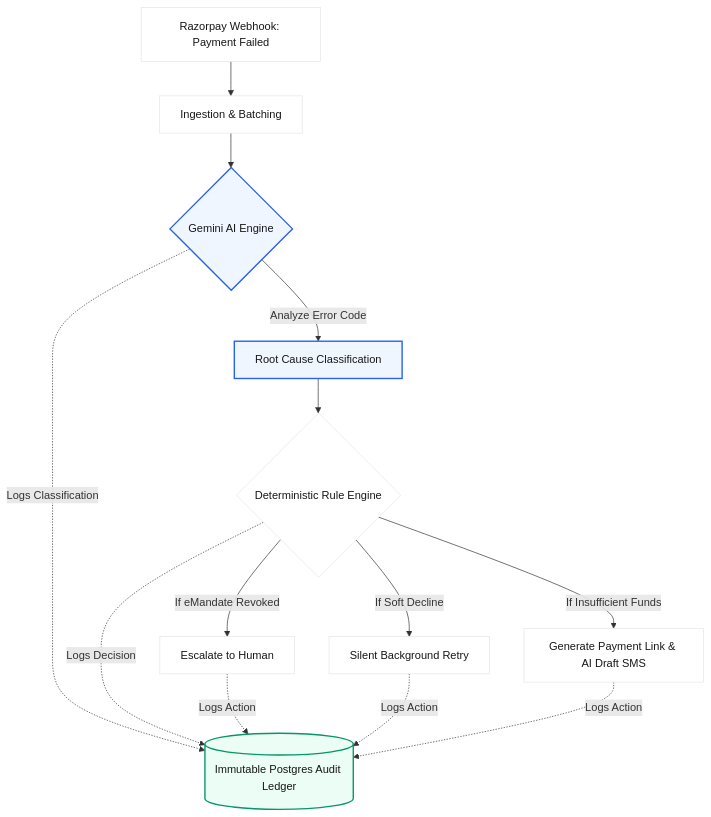
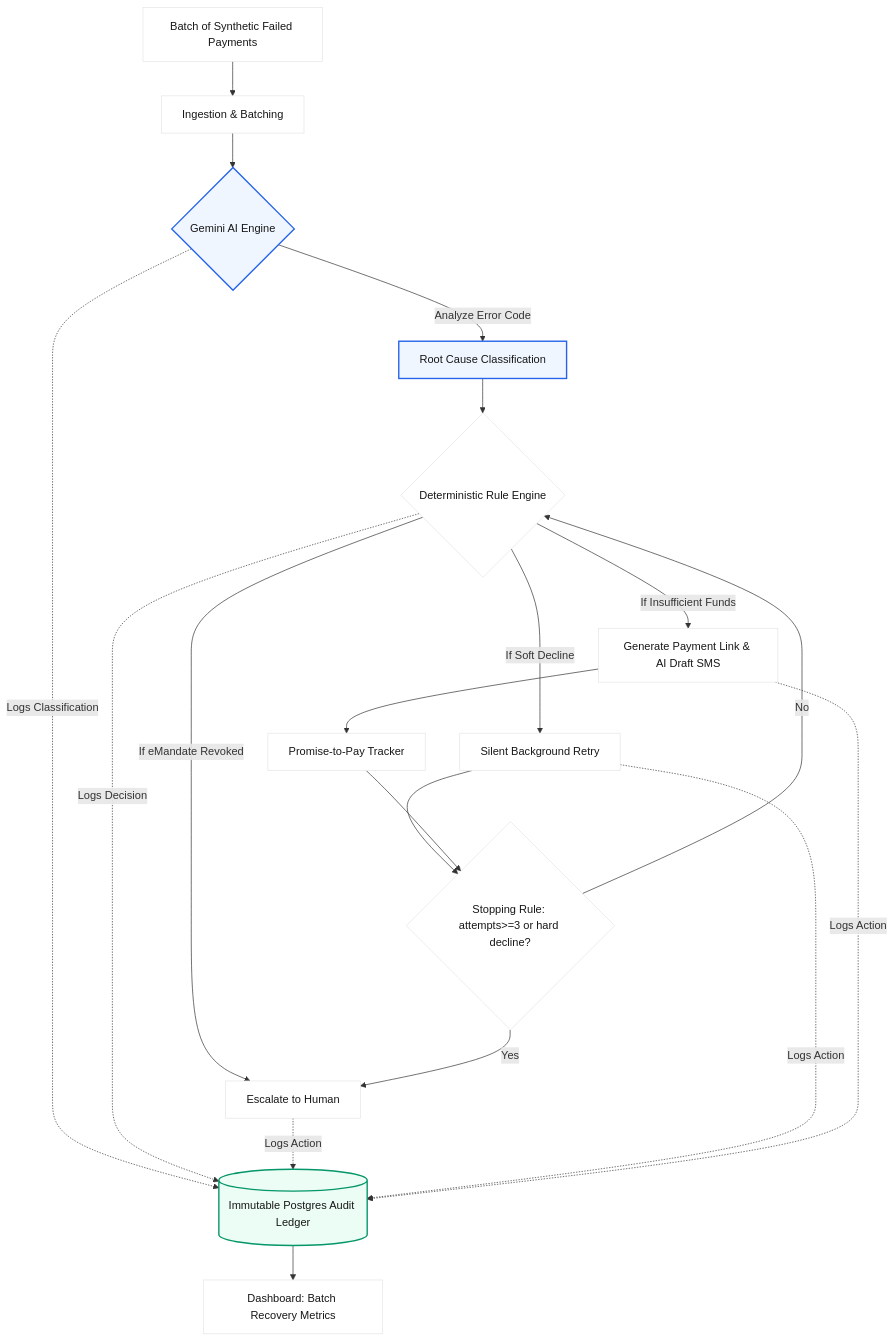
The diagram in README.md (vr22895-ux/RevenueGuard-AI), drawn with Mermaid before and after one commit.

Commit message:
Update architecture diagram to perfectly match execution flow

````diff
--- a/README.md
+++ b/README.md
@@ -17,25 +17,30 @@
 ```mermaid
 graph TD
-    A[Razorpay Webhook: Payment Failed] --> B[Ingestion & Batching]
+    A[Batch of Synthetic Failed Payments] --> B[Ingestion & Batching]
     B --> C{Gemini AI Engine}
     C -->|Analyze Error Code| D[Root Cause Classification]
     D --> E{Deterministic Rule Engine}
     E -->|If eMandate Revoked| F[Escalate to Human]
     E -->|If Soft Decline| G[Silent Background Retry]
     E -->|If Insufficient Funds| H[Generate Payment Link & AI Draft SMS]
-    
-    %% Audit Trail layer
+    H --> P[Promise-to-Pay Tracker]
+    G --> S{Stopping Rule: attempts>=3 or hard decline?}
+    S -->|No| E
+    S -->|Yes| F
+    P --> S
+
     I[(Immutable Postgres Audit Ledger)]
     C -.->|Logs Classification| I
     E -.->|Logs Decision| I
     F -.->|Logs Action| I
     G -.->|Logs Action| I
     H -.->|Logs Action| I
-    
+    I --> M[Dashboard: Batch Recovery Metrics]
+
     classDef default fill:#ffffff,stroke:#e5e5e5,stroke-width:1px,color:#171717;
     classDef ai fill:#eff6ff,stroke:#2563eb,stroke-width:2px,color:#171717;
     classDef db fill:#ecfdf5,stroke:#059669,stroke-width:2px,color:#171717;
-    
+
     class C,D ai;
     class I db;
 ```
````
